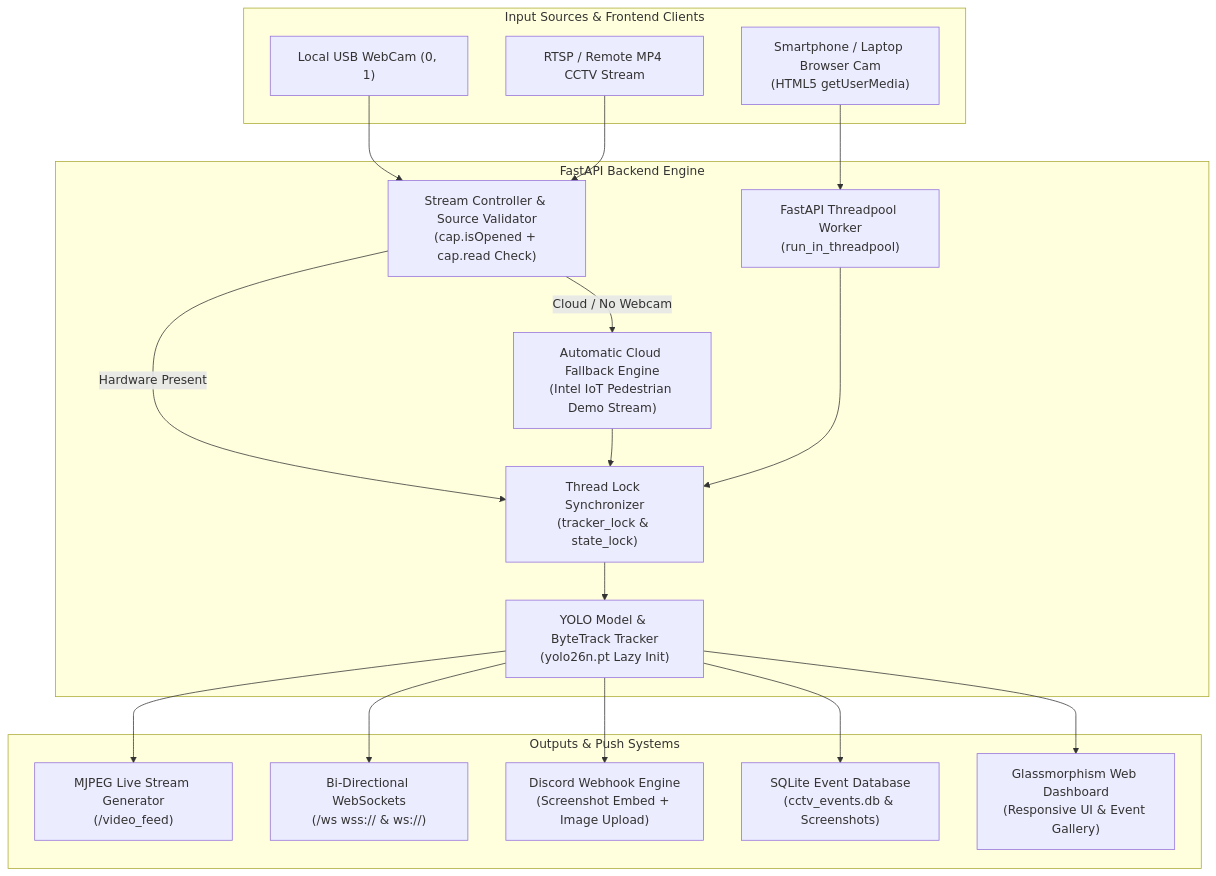
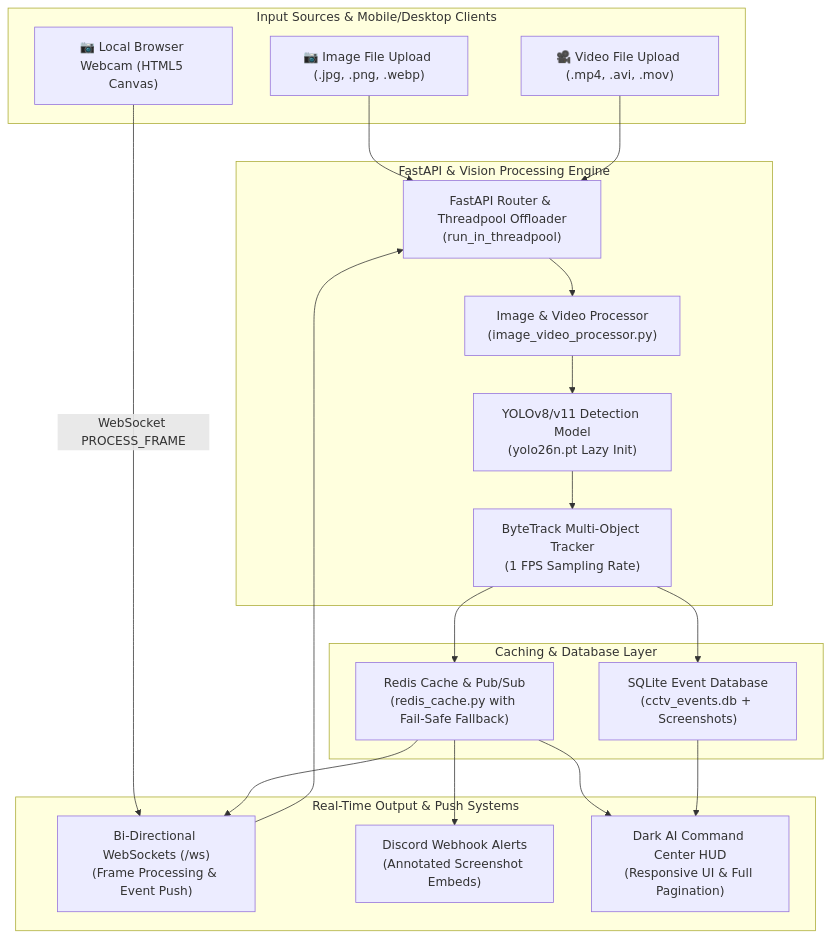
Before and after one commit to jitendradoriya66/cctv-person-detector-ai: the diagram in README.md, drawn with Mermaid. The commit also changed other lines of this file and 10 other files, not shown here.

````diff
--- a/README.md
+++ b/README.md
@@ -20,33 +20,37 @@
 ```mermaid
 flowchart TD
-    subgraph Clients["Input Sources & Frontend Clients"]
-        A1["Local USB WebCam (0, 1)"]
-        A2["RTSP / Remote MP4 CCTV Stream"]
-        A3["Smartphone / Laptop Browser Cam\n(HTML5 getUserMedia)"]
+    subgraph Clients["Input Sources & Mobile/Desktop Clients"]
+        A1["📷 Image File Upload (.jpg, .png, .webp)"]
+        A2["🎥 Video File Upload (.mp4, .avi, .mov)"]
+        A3["📷 Local Browser Webcam (HTML5 Canvas)"]
     end
 
-    subgraph Backend["FastAPI Backend Engine"]
-        B1["Stream Controller & Source Validator\n(cap.isOpened + cap.read Check)"]
-        B2["Automatic Cloud Fallback Engine\n(Intel IoT Pedestrian Demo Stream)"]
-        B3["FastAPI Threadpool Worker\n(run_in_threadpool)"]
-        B4["Thread Lock Synchronizer\n(tracker_lock & state_lock)"]
-        B5["YOLO Model & ByteTrack Tracker\n(yolo26n.pt Lazy Init)"]
+    subgraph Backend["FastAPI & Vision Processing Engine"]
+        B1["FastAPI Router & Threadpool Offloader\n(run_in_threadpool)"]
+        B2["Image & Video Processor\n(image_video_processor.py)"]
+        B3["YOLOv8/v11 Detection Model\n(yolo26n.pt Lazy Init)"]
+        B4["ByteTrack Multi-Object Tracker\n(1 FPS Sampling Rate)"]
     end
 
-    subgraph Outputs["Outputs & Push Systems"]
-        C1["MJPEG Live Stream Generator\n(/video_feed)"]
-        C2["Bi-Directional WebSockets\n(/ws wss:// & ws://)"]
-        C3["Discord Webhook Engine\n(Screenshot Embed + Image Upload)"]
-        C4["SQLite Event Database\n(cctv_events.db & Screenshots)"]
-        C5["Glassmorphism Web Dashboard\n(Responsive UI & Event Gallery)"]
+    subgraph Storage["Caching & Database Layer"]
+        C1["Redis Cache & Pub/Sub\n(redis_cache.py with Fail-Safe Fallback)"]
+        C2["SQLite Event Database\n(cctv_events.db + Screenshots)"]
+    end
+
+    subgraph Out["Real-Time Output & Push Systems"]
+        D1["Bi-Directional WebSockets (/ws)\n(Frame Processing & Event Push)"]
+        D2["Discord Webhook Alerts\n(Annotated Screenshot Embeds)"]
+        D3["Dark AI Command Center HUD\n(Responsive UI & Full Pagination)"]
     end
 
     A1 --> B1
     A2 --> B1
-    A3 --> B3
-    B1 -->|Hardware Present| B4
-    B1 -->|Cloud / No Webcam| B2 --> B4
+    A3 -->|WebSocket PROCESS_FRAME| D1
+    B1 --> B2
+    D1 --> B1
+    B2 --> B3
     B3 --> B4
-    B4 --> B5
-    B5 --> C1 & C2 & C3 & C4 & C5
+    B4 --> C1 & C2
+    C1 --> D1 & D2 & D3
+    C2 --> D3
 ```
````
